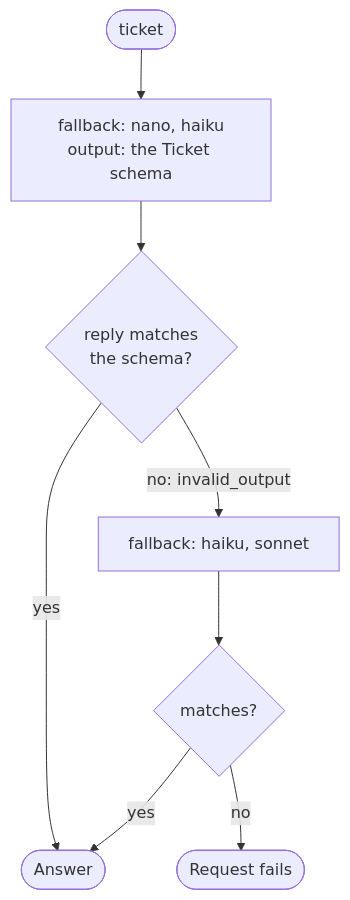
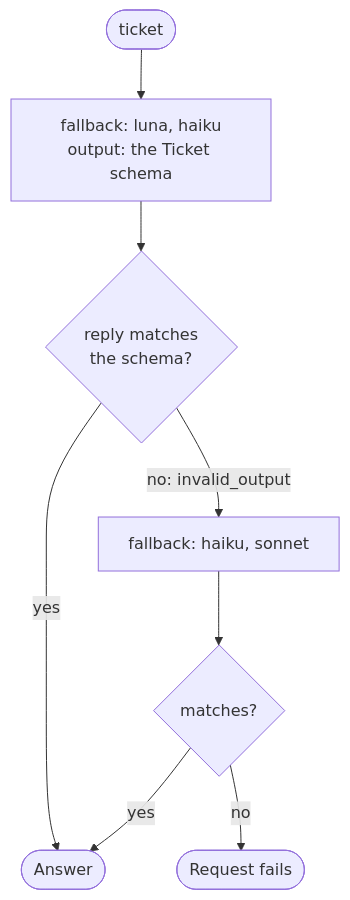
Before and after one commit to skrrt-sh/motty-sdk: the third of 3 diagrams in examples/desk/README.md, drawn with Mermaid. The commit also changed other lines of this file and 138 other files, not shown here.

````diff
--- a/examples/desk/README.md
+++ b/examples/desk/README.md
@@ -128,10 +128,10 @@
 ```mermaid
 flowchart TD
-  start([ticket]) --> first["fallback: nano, haiku<br/>output: the Ticket schema"]
+  start([ticket]) --> first["fallback: luna, haiku<br/>output: the Ticket schema"]
   first --> valid{"reply matches<br/>the schema?"}
   valid -- yes --> answer([Answer])
   valid -- "no: invalid_output" --> second["fallback: haiku, sonnet"]
   second --> again{"matches?"}
   again -- yes --> answer
   again -- no --> failed([Request fails])
 ```
````
